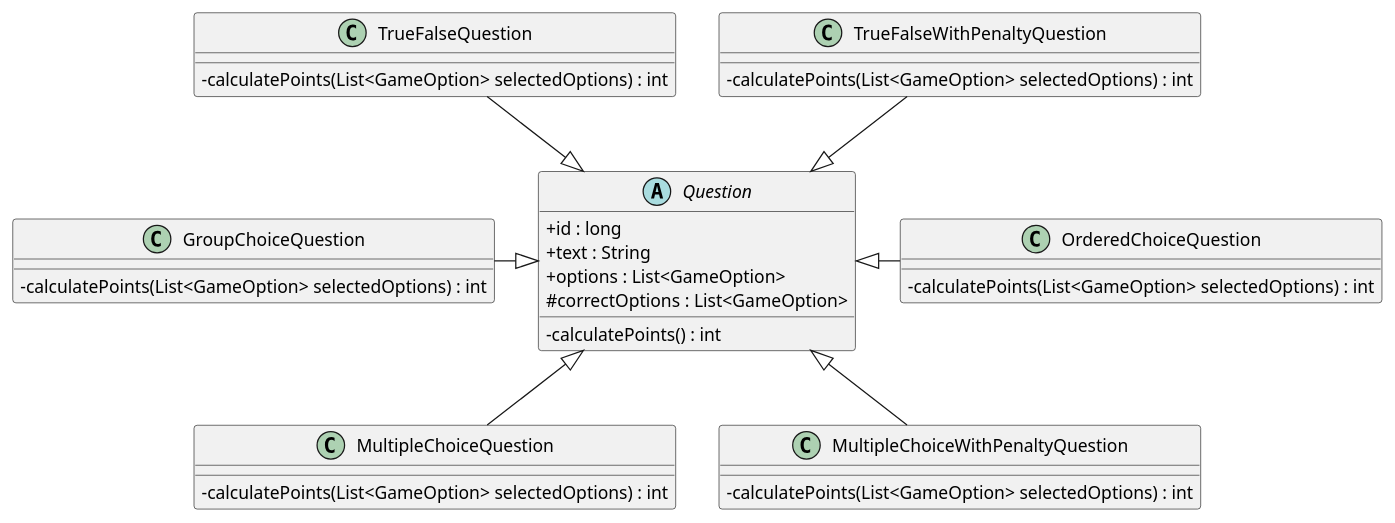
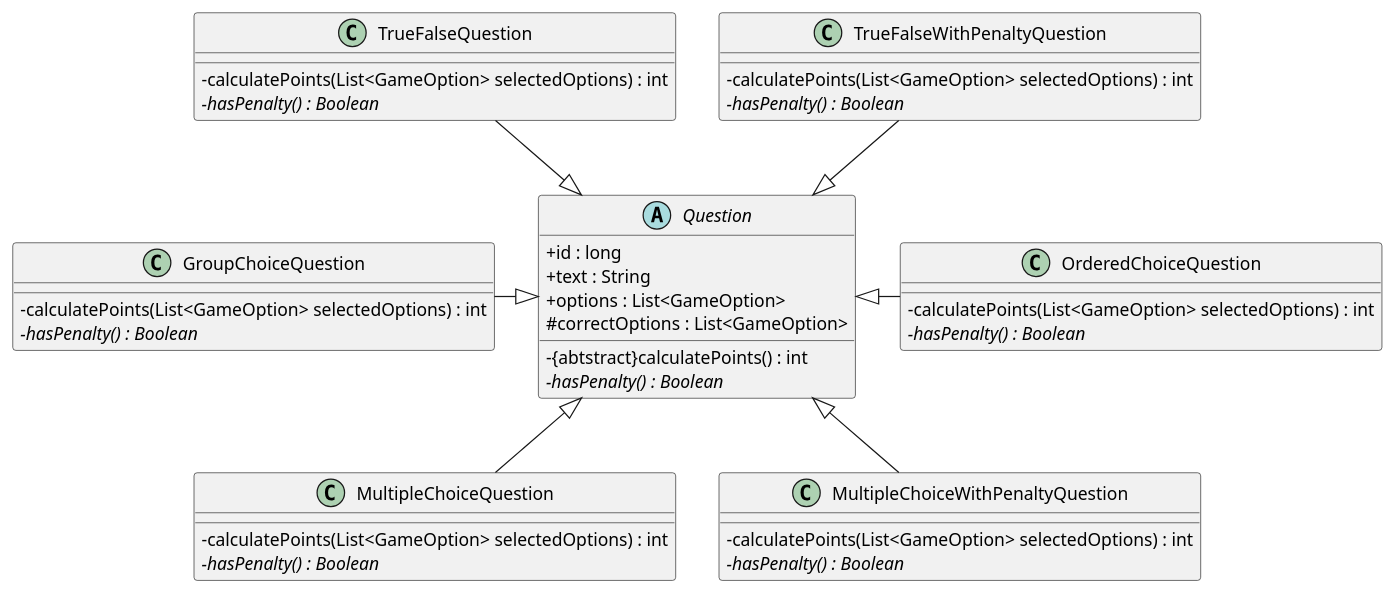
Before and after one commit to diegosanchez/TP2-Kahoot: the diagram in docs/DiagramaClases-DetallePreguntas-TP2.plantuml, drawn with PlantUML. The commit also changed 13 other files, not shown here.

First line of the commit message:
Actualización de Diagramas

```diff
--- a/docs/DiagramaClases-DetallePreguntas-TP2.plantuml
+++ b/docs/DiagramaClases-DetallePreguntas-TP2.plantuml
@@ -1,48 +1,55 @@
 @startuml DiagramaUML-DetallePreguntas-TP2
 
 skinparam classAttributeIconSize 0
 
 abstract Question{
     + id : long
     + text : String
     + options : List<GameOption>
     # correctOptions : List<GameOption>
-    - calculatePoints() : int
+    - {abtstract}calculatePoints() : int
+    - {abstract}hasPenalty() : Boolean
 }
 
 class TrueFalseQuestion{
     - calculatePoints(List<GameOption> selectedOptions) : int
+    - {abstract}hasPenalty() : Boolean
 }
 
 class TrueFalseWithPenaltyQuestion{
     - calculatePoints(List<GameOption> selectedOptions) : int
+    - {abstract}hasPenalty() : Boolean
 }
 
 class OrderedChoiceQuestion{
     - calculatePoints(List<GameOption> selectedOptions) : int
+    - {abstract}hasPenalty() : Boolean
 }
 
 class MultipleChoiceQuestion{
     - calculatePoints(List<GameOption> selectedOptions) : int
+    - {abstract}hasPenalty() : Boolean
 }
 
 class MultipleChoiceWithPenaltyQuestion{
     - calculatePoints(List<GameOption> selectedOptions) : int
+    - {abstract}hasPenalty() : Boolean
 }
 
 class GroupChoiceQuestion{
     - calculatePoints(List<GameOption> selectedOptions) : int
+    - {abstract}hasPenalty() : Boolean
 }
 
 
 TrueFalseQuestion --|> Question
 TrueFalseWithPenaltyQuestion --|> Question
 
 OrderedChoiceQuestion --left|> Question
 
 MultipleChoiceQuestion --up|> Question
 MultipleChoiceWithPenaltyQuestion --up|> Question
 
 GroupChoiceQuestion --right|> Question
 
 @enduml
```
